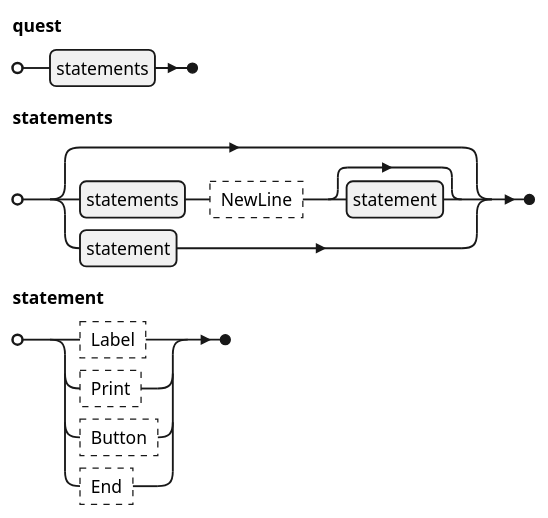
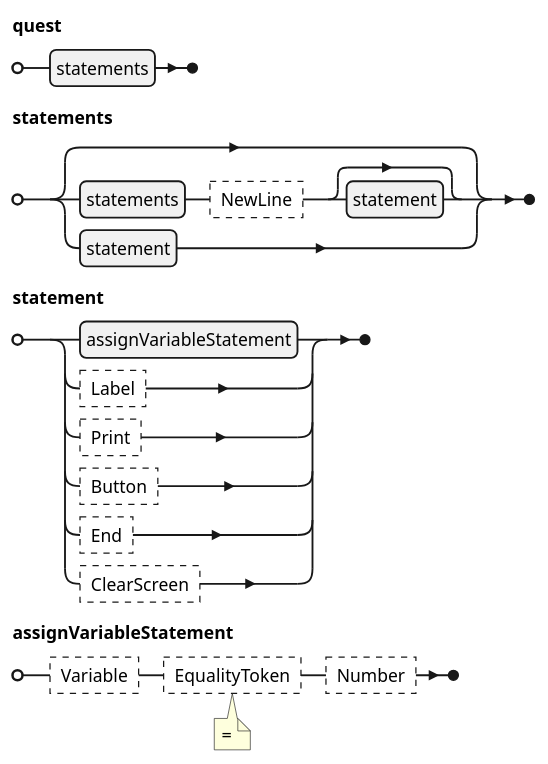
The first of 4 diagrams in Application/MURQ.URQL/docs/URQL Syntax.md (realsonic/MURQ), drawn with PlantUML before and after one commit. The commit also changed other lines of this file and 27 other files, not shown here.

````diff
--- a/Application/MURQ.URQL/docs/URQL Syntax.md
+++ b/Application/MURQ.URQL/docs/URQL Syntax.md
@@ -2,15 +2,19 @@
 ```plantuml
 @startebnf URQL
 quest = statements;
 
 statements = [
         statements, ? NewLine ?, [statement]
         | statement
     ];
 
-statement = ? Label ?
+statement = assignVariableStatement
+    | ? Label ?
     | ? Print ?
     | ? Button ?
-    | ? End ?;
+    | ? End ?
+    | ? ClearScreen ?;
+
+assignVariableStatement = ? Variable ?,  ? EqualityToken ? (*""=""*), ? Number ?;
 @endebnf
 ```
````
